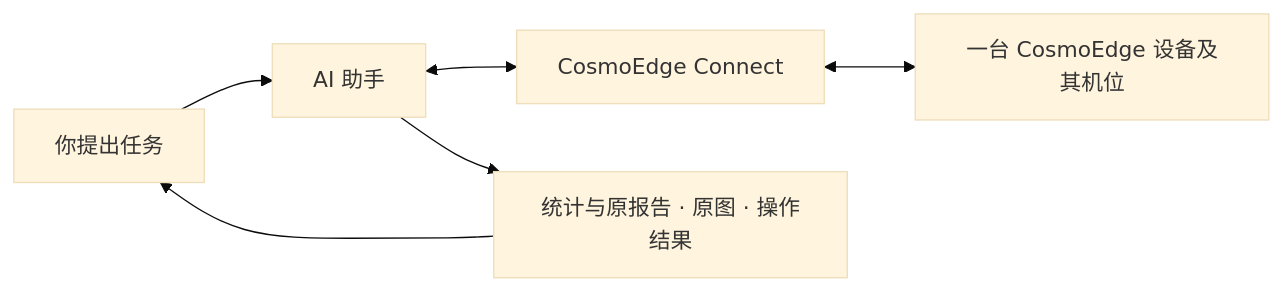
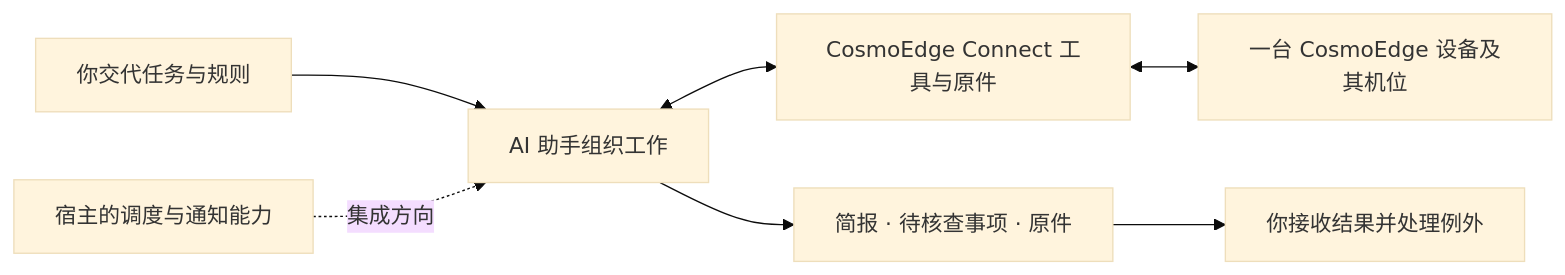
The diagram in README.zh-CN.md (cosmo-wander-ai/cosmoedge-connect), drawn with Mermaid (base theme) before and after one commit. The commit also changed other lines of this file and 9 other files, not shown here.

````diff
--- a/README.zh-CN.md
+++ b/README.zh-CN.md
@@ -20,8 +56,9 @@
 ```mermaid
 flowchart LR
-    User[你提出任务] --> Assistant[AI 助手]
-    Assistant <--> Connect[CosmoEdge Connect]
+    User[你交代任务与规则] --> Assistant[AI 助手组织工作]
+    Assistant <--> Connect[CosmoEdge Connect 工具与原件]
     Connect <--> Device[一台 CosmoEdge 设备及其机位]
-    Assistant --> Results[统计与原报告 · 原图 · 操作结果]
-    Results --> User
+    Assistant --> Results[简报 · 待核查事项 · 原件]
+    Results --> Review[你接收结果并处理例外]
+    Host[宿主的调度与通知能力] -. 集成方向 .-> Assistant
 ```
````
